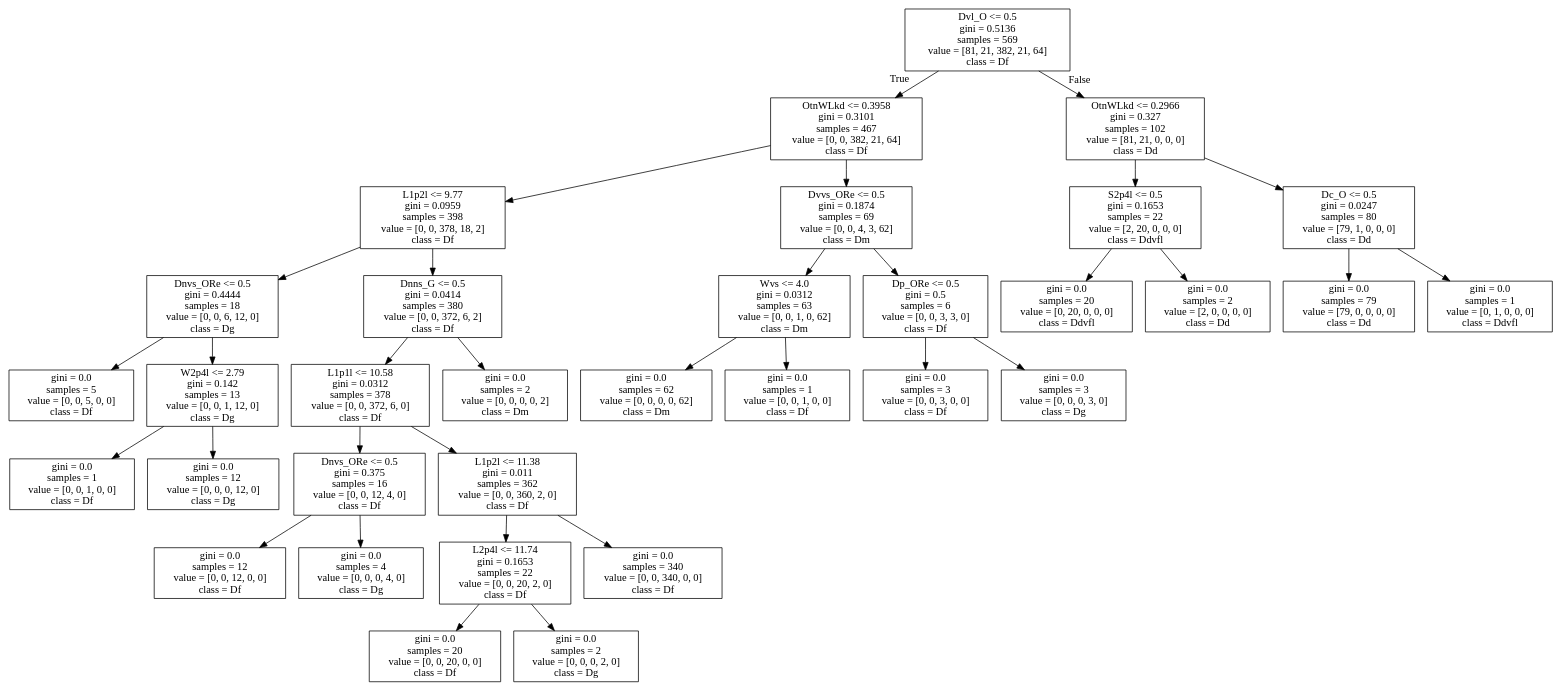
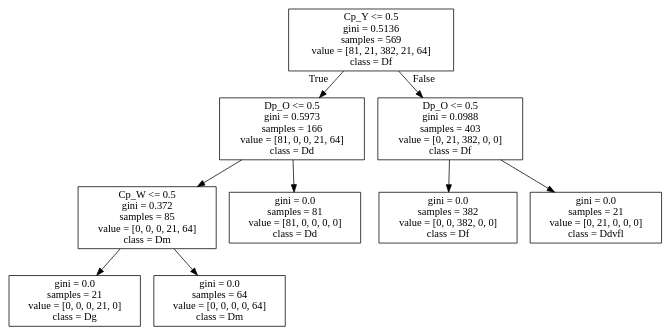
Before and after one commit to VBGI/df: the diagram in me.dot, drawn with Graphviz. The commit also changed 9 other files, not shown here.

```diff
--- a/me.dot
+++ b/me.dot
@@ -1,68 +1,20 @@
 digraph Tree {
 node [shape=box] ;
-0 [label="Dvl_O <= 0.5\ngini = 0.5136\nsamples = 569\nvalue = [81, 21, 382, 21, 64]\nclass = Df"] ;
-1 [label="OtnWLkd <= 0.3958\ngini = 0.3101\nsamples = 467\nvalue = [0, 0, 382, 21, 64]\nclass = Df"] ;
+0 [label="Сp_Y <= 0.5\ngini = 0.5136\nsamples = 569\nvalue = [81, 21, 382, 21, 64]\nclass = Df"] ;
+1 [label="Dp_O <= 0.5\ngini = 0.5973\nsamples = 166\nvalue = [81, 0, 0, 21, 64]\nclass = Dd"] ;
 0 -> 1 [labeldistance=2.5, labelangle=45, headlabel="True"] ;
-2 [label="L1p2l <= 9.77\ngini = 0.0959\nsamples = 398\nvalue = [0, 0, 378, 18, 2]\nclass = Df"] ;
+2 [label="Сp_W <= 0.5\ngini = 0.372\nsamples = 85\nvalue = [0, 0, 0, 21, 64]\nclass = Dm"] ;
 1 -> 2 ;
-3 [label="Dnvs_ORe <= 0.5\ngini = 0.4444\nsamples = 18\nvalue = [0, 0, 6, 12, 0]\nclass = Dg"] ;
+3 [label="gini = 0.0\nsamples = 21\nvalue = [0, 0, 0, 21, 0]\nclass = Dg"] ;
 2 -> 3 ;
-4 [label="gini = 0.0\nsamples = 5\nvalue = [0, 0, 5, 0, 0]\nclass = Df"] ;
-3 -> 4 ;
-5 [label="W2p4l <= 2.79\ngini = 0.142\nsamples = 13\nvalue = [0, 0, 1, 12, 0]\nclass = Dg"] ;
-3 -> 5 ;
-6 [label="gini = 0.0\nsamples = 1\nvalue = [0, 0, 1, 0, 0]\nclass = Df"] ;
-5 -> 6 ;
-7 [label="gini = 0.0\nsamples = 12\nvalue = [0, 0, 0, 12, 0]\nclass = Dg"] ;
-5 -> 7 ;
-8 [label="Dnns_G <= 0.5\ngini = 0.0414\nsamples = 380\nvalue = [0, 0, 372, 6, 2]\nclass = Df"] ;
-2 -> 8 ;
-9 [label="L1p1l <= 10.58\ngini = 0.0312\nsamples = 378\nvalue = [0, 0, 372, 6, 0]\nclass = Df"] ;
-8 -> 9 ;
-10 [label="Dnvs_ORe <= 0.5\ngini = 0.375\nsamples = 16\nvalue = [0, 0, 12, 4, 0]\nclass = Df"] ;
-9 -> 10 ;
-11 [label="gini = 0.0\nsamples = 12\nvalue = [0, 0, 12, 0, 0]\nclass = Df"] ;
-10 -> 11 ;
-12 [label="gini = 0.0\nsamples = 4\nvalue = [0, 0, 0, 4, 0]\nclass = Dg"] ;
-10 -> 12 ;
-13 [label="L1p2l <= 11.38\ngini = 0.011\nsamples = 362\nvalue = [0, 0, 360, 2, 0]\nclass = Df"] ;
-9 -> 13 ;
-14 [label="L2p4l <= 11.74\ngini = 0.1653\nsamples = 22\nvalue = [0, 0, 20, 2, 0]\nclass = Df"] ;
-13 -> 14 ;
-15 [label="gini = 0.0\nsamples = 20\nvalue = [0, 0, 20, 0, 0]\nclass = Df"] ;
-14 -> 15 ;
-16 [label="gini = 0.0\nsamples = 2\nvalue = [0, 0, 0, 2, 0]\nclass = Dg"] ;
-14 -> 16 ;
-17 [label="gini = 0.0\nsamples = 340\nvalue = [0, 0, 340, 0, 0]\nclass = Df"] ;
-13 -> 17 ;
-18 [label="gini = 0.0\nsamples = 2\nvalue = [0, 0, 0, 0, 2]\nclass = Dm"] ;
-8 -> 18 ;
-19 [label="Dvvs_ORe <= 0.5\ngini = 0.1874\nsamples = 69\nvalue = [0, 0, 4, 3, 62]\nclass = Dm"] ;
-1 -> 19 ;
-20 [label="Wvs <= 4.0\ngini = 0.0312\nsamples = 63\nvalue = [0, 0, 1, 0, 62]\nclass = Dm"] ;
-19 -> 20 ;
-21 [label="gini = 0.0\nsamples = 62\nvalue = [0, 0, 0, 0, 62]\nclass = Dm"] ;
-20 -> 21 ;
-22 [label="gini = 0.0\nsamples = 1\nvalue = [0, 0, 1, 0, 0]\nclass = Df"] ;
-20 -> 22 ;
-23 [label="Dp_ORe <= 0.5\ngini = 0.5\nsamples = 6\nvalue = [0, 0, 3, 3, 0]\nclass = Df"] ;
-19 -> 23 ;
-24 [label="gini = 0.0\nsamples = 3\nvalue = [0, 0, 3, 0, 0]\nclass = Df"] ;
-23 -> 24 ;
-25 [label="gini = 0.0\nsamples = 3\nvalue = [0, 0, 0, 3, 0]\nclass = Dg"] ;
-23 -> 25 ;
-26 [label="OtnWLkd <= 0.2966\ngini = 0.327\nsamples = 102\nvalue = [81, 21, 0, 0, 0]\nclass = Dd"] ;
-0 -> 26 [labeldistance=2.5, labelangle=-45, headlabel="False"] ;
-27 [label="S2p4l <= 0.5\ngini = 0.1653\nsamples = 22\nvalue = [2, 20, 0, 0, 0]\nclass = Ddvfl"] ;
-26 -> 27 ;
-28 [label="gini = 0.0\nsamples = 20\nvalue = [0, 20, 0, 0, 0]\nclass = Ddvfl"] ;
-27 -> 28 ;
-29 [label="gini = 0.0\nsamples = 2\nvalue = [2, 0, 0, 0, 0]\nclass = Dd"] ;
-27 -> 29 ;
-30 [label="Dc_O <= 0.5\ngini = 0.0247\nsamples = 80\nvalue = [79, 1, 0, 0, 0]\nclass = Dd"] ;
-26 -> 30 ;
-31 [label="gini = 0.0\nsamples = 79\nvalue = [79, 0, 0, 0, 0]\nclass = Dd"] ;
-30 -> 31 ;
-32 [label="gini = 0.0\nsamples = 1\nvalue = [0, 1, 0, 0, 0]\nclass = Ddvfl"] ;
-30 -> 32 ;
+4 [label="gini = 0.0\nsamples = 64\nvalue = [0, 0, 0, 0, 64]\nclass = Dm"] ;
+2 -> 4 ;
+5 [label="gini = 0.0\nsamples = 81\nvalue = [81, 0, 0, 0, 0]\nclass = Dd"] ;
+1 -> 5 ;
+6 [label="Dp_O <= 0.5\ngini = 0.0988\nsamples = 403\nvalue = [0, 21, 382, 0, 0]\nclass = Df"] ;
+0 -> 6 [labeldistance=2.5, labelangle=-45, headlabel="False"] ;
+7 [label="gini = 0.0\nsamples = 382\nvalue = [0, 0, 382, 0, 0]\nclass = Df"] ;
+6 -> 7 ;
+8 [label="gini = 0.0\nsamples = 21\nvalue = [0, 21, 0, 0, 0]\nclass = Ddvfl"] ;
+6 -> 8 ;
 }
```
